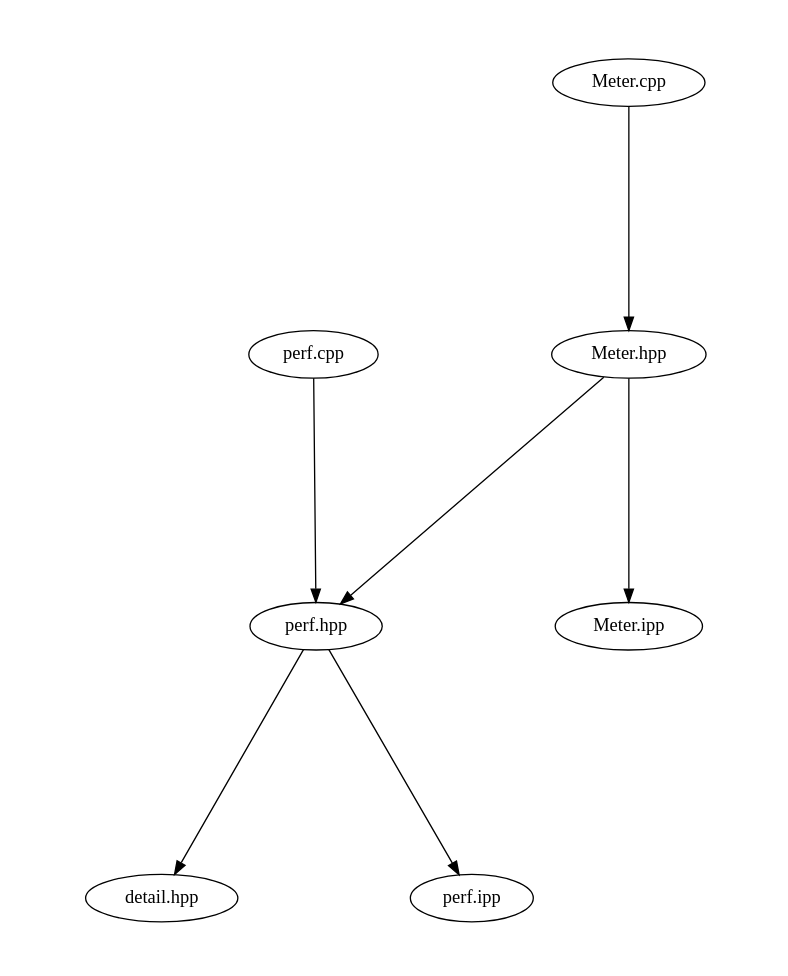
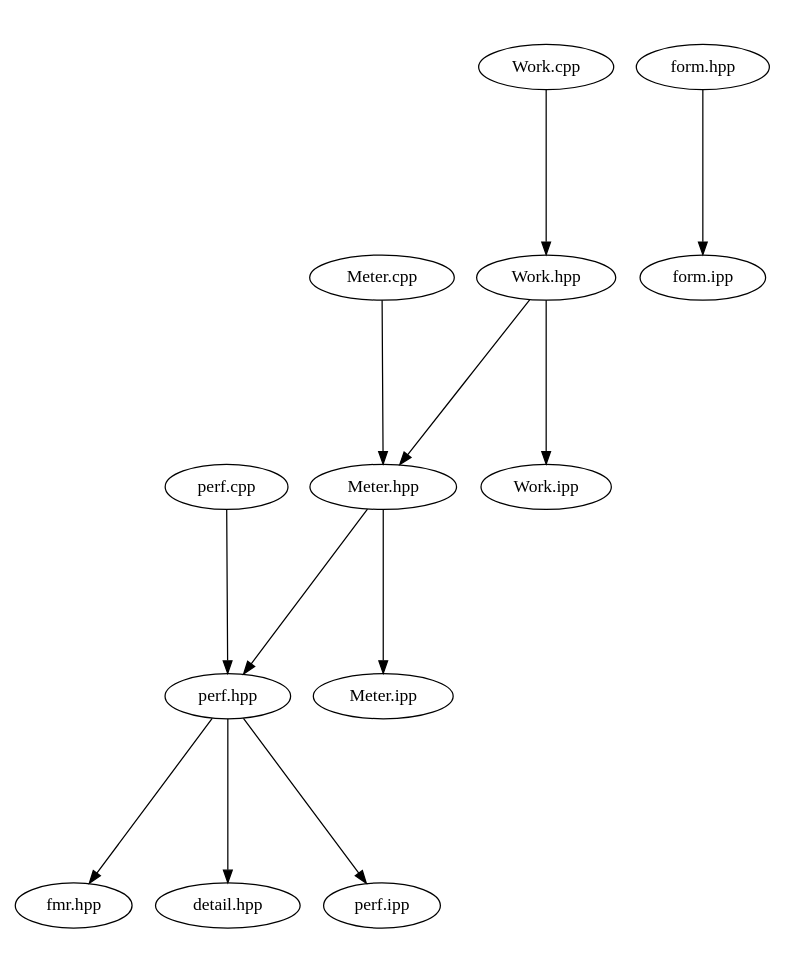
The diagram in src/docs/src-notest.dot (waggyz/femera-mini-app), drawn with Graphviz before and after one commit. The commit also changed 18 other files, not shown here.

```diff
--- a/src/docs/src-notest.dot
+++ b/src/docs/src-notest.dot
@@ -1,14 +1,19 @@
 digraph "source tree" {
     overlap=scale;
     size="8,10";
     ratio="fill";
     fontsize="16";
     fontname="Helvetica";
 	clusterrank="local";
-	"Meter.cpp" -> "Meter.hpp"
 	"Meter.hpp" -> "perf.hpp"
+	"perf.hpp" -> "fmr.hpp"
 	"perf.cpp" -> "perf.hpp"
 	"perf.hpp" -> "detail.hpp"
+	"Work.hpp" -> "Meter.hpp"
+	"Work.cpp" -> "Work.hpp"
+	"Meter.cpp" -> "Meter.hpp"
+	"Work.hpp" -> "Work.ipp"
 	"Meter.hpp" -> "Meter.ipp"
 	"perf.hpp" -> "perf.ipp"
+	"form.hpp" -> "form.ipp"
 }
```
